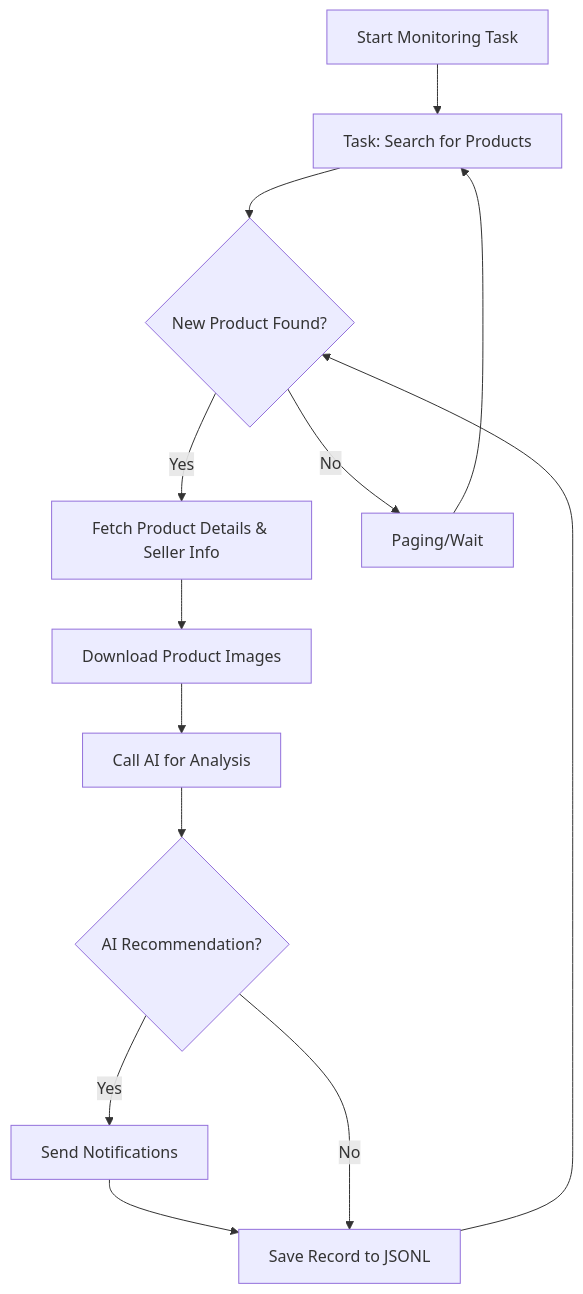
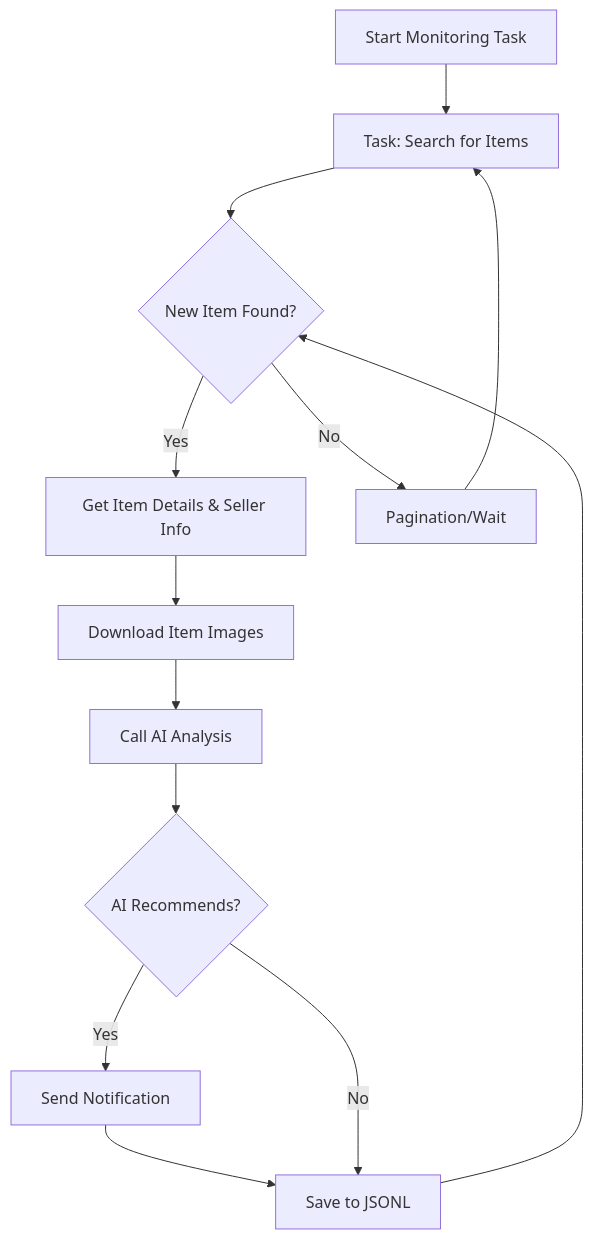
The diagram in docs/dingyufei615-ai-goofish-monitor.md (saurav-z/repo-docs), drawn with Mermaid before and after one commit. The commit also changed other lines of this file and 216 other files, not shown here.

````diff
--- a/docs/dingyufei615-ai-goofish-monitor.md
+++ b/docs/dingyufei615-ai-goofish-monitor.md
@@ -171,15 +122,15 @@
 ```mermaid
 graph TD
-    A[Start Monitoring Task] --> B[Task: Search for Products];
-    B --> C{New Product Found?};
-    C -- Yes --> D[Fetch Product Details & Seller Info];
-    D --> E[Download Product Images];
-    E --> F[Call AI for Analysis];
-    F --> G{AI Recommendation?};
-    G -- Yes --> H[Send Notifications];
-    H --> I[Save Record to JSONL];
+    A[Start Monitoring Task] --> B[Task: Search for Items];
+    B --> C{New Item Found?};
+    C -- Yes --> D[Get Item Details & Seller Info];
+    D --> E[Download Item Images];
+    E --> F[Call AI Analysis];
+    F --> G{AI Recommends?};
+    G -- Yes --> H[Send Notification];
+    H --> I[Save to JSONL];
     G -- No --> I;
-    C -- No --> J[Paging/Wait];
+    C -- No --> J[Pagination/Wait];
     J --> B;
     I --> C;
 ```
````
